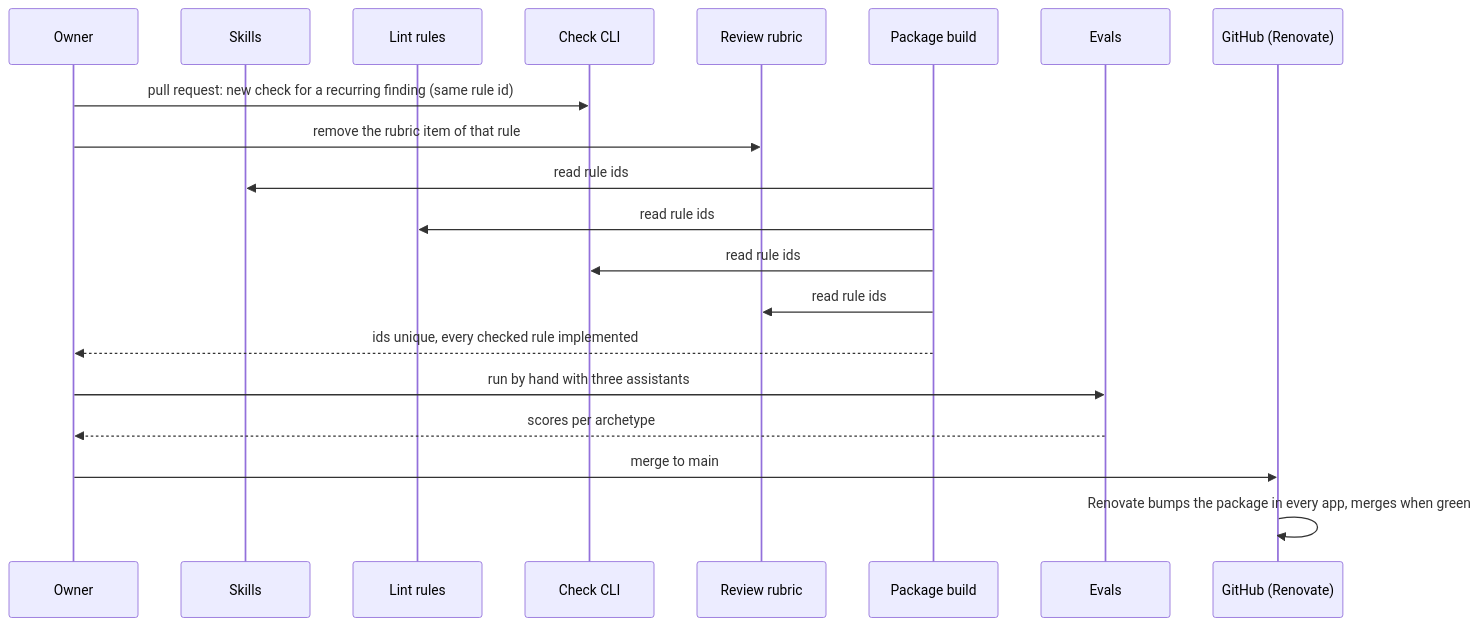
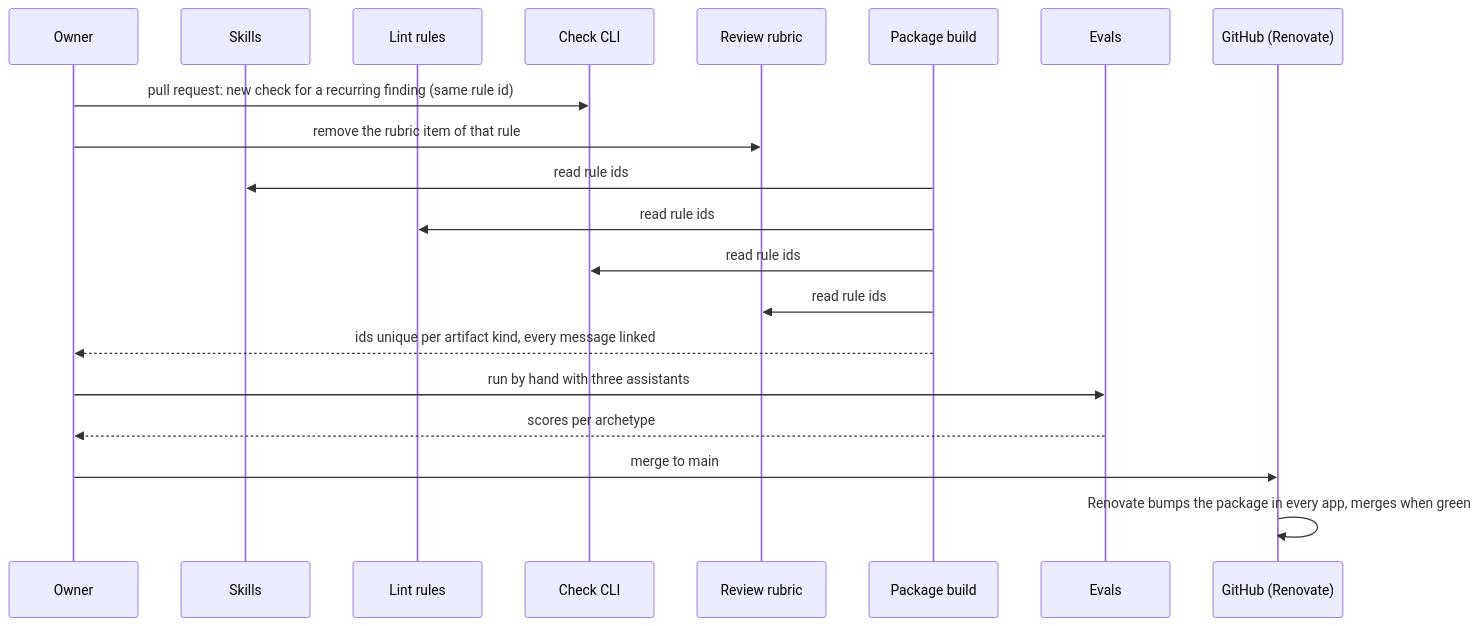
Before and after one commit to lernapps/tooling: the fourth of 4 diagrams in docs/arc42/06-runtime-view.arc42.md, drawn with Mermaid. The commit also changed 15 other files, not shown here.

First line of the commit message:
refactor(rules): unique ids per artifact kind, rule list by id, agent review instead of cross-checks (#30)

````diff
--- a/docs/arc42/06-runtime-view.arc42.md
+++ b/docs/arc42/06-runtime-view.arc42.md
@@ -169,22 +169,22 @@
 ```mermaid
 sequenceDiagram
     participant owner as Owner
     participant skills as Skills
     participant lint as Lint rules
     participant check as Check CLI
     participant procedure as Review rubric
     participant package as Package build
     participant evals as Evals
     participant github as GitHub (Renovate)
     owner->>check: pull request: new check for a recurring finding (same rule id)
     owner->>procedure: remove the rubric item of that rule
     package->>skills: read rule ids
     package->>lint: read rule ids
     package->>check: read rule ids
     package->>procedure: read rule ids
-    package-->>owner: ids unique, every checked rule implemented
+    package-->>owner: ids unique per artifact kind, every message linked
     owner->>evals: run by hand with three assistants
     evals-->>owner: scores per archetype
     owner->>github: merge to main
     github->>github: Renovate bumps the package in every app, merges when green
 ```
````
